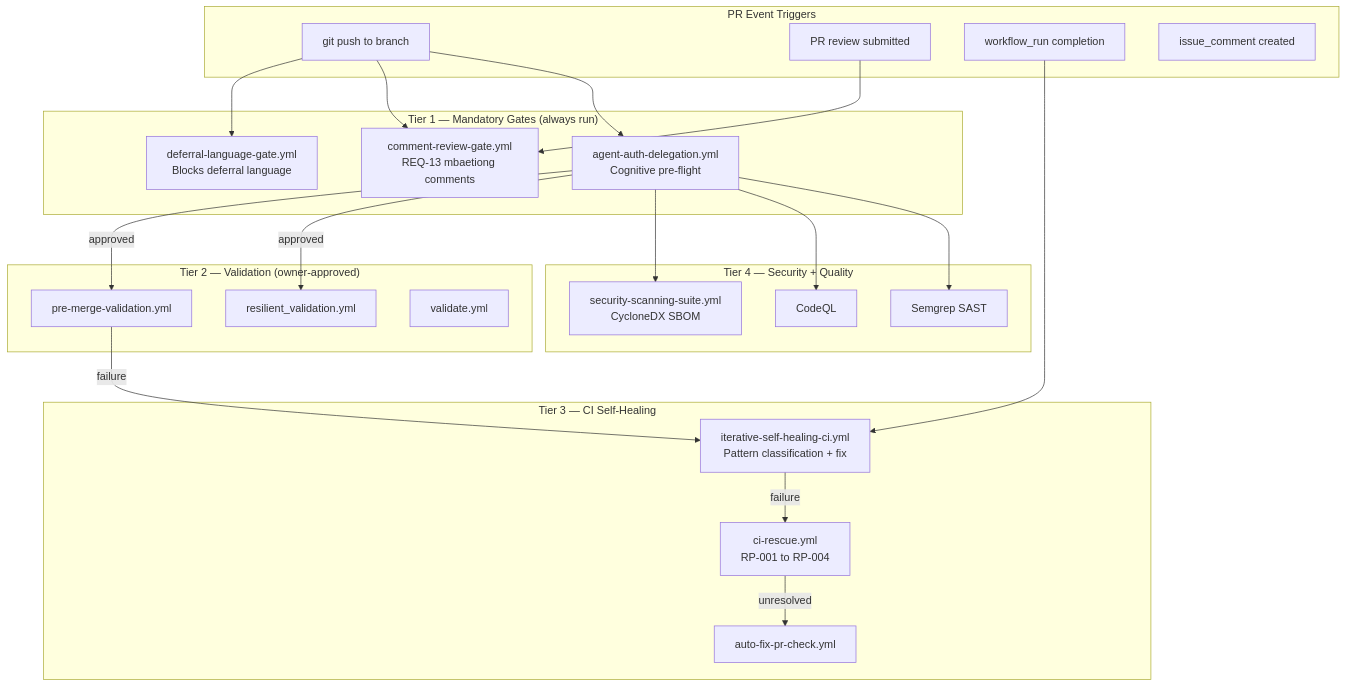
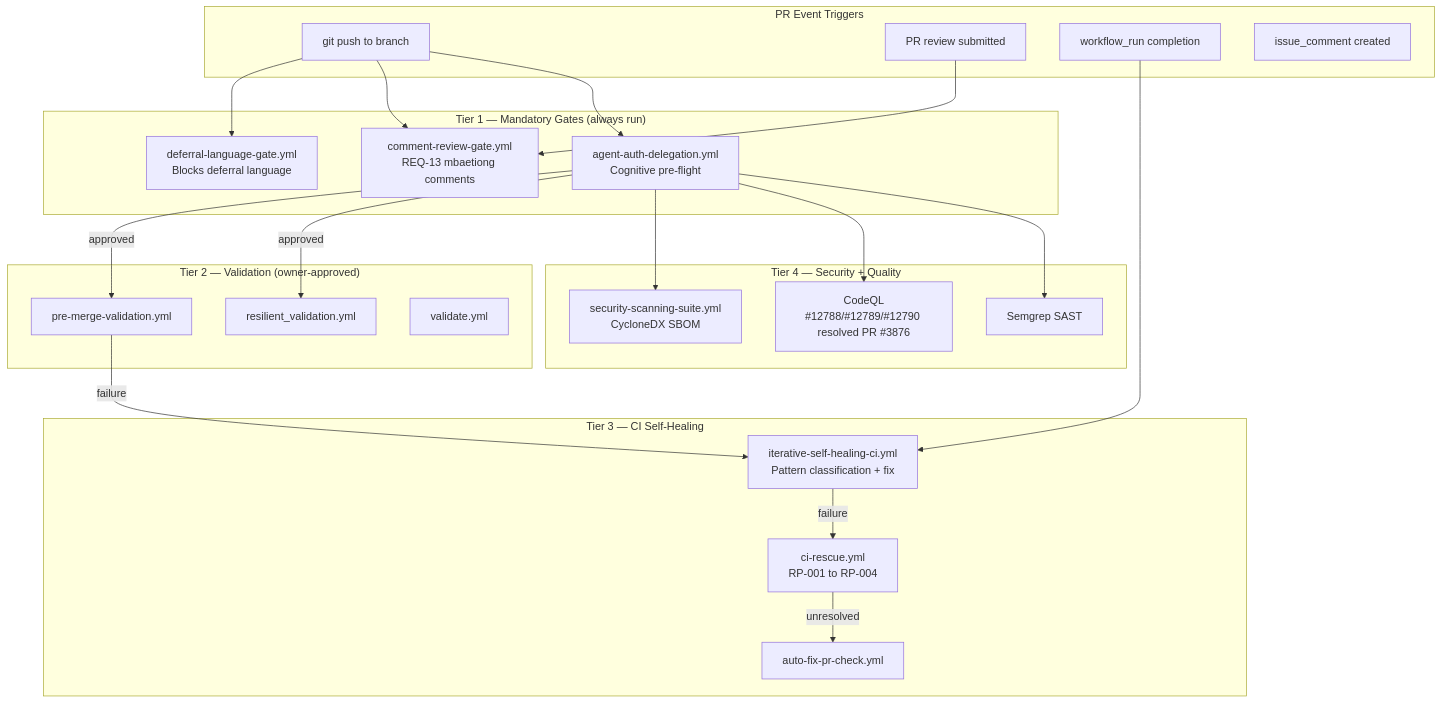
Before and after one commit to Aries-Serpent/_codex_: the second of 12 diagrams in docs/CODEBASE_MERMAID_MAPS.md, drawn with Mermaid. The commit also changed other lines of this file and 2 other files, not shown here.

First line of the commit message:
docs: update CODEBASE_MERMAID_MAPS.md v1.1.0 — align with PR #3876 (Variables layer + CodeQL resolution)

````diff
--- a/docs/CODEBASE_MERMAID_MAPS.md
+++ b/docs/CODEBASE_MERMAID_MAPS.md
@@ -58,42 +58,42 @@
 ```mermaid
 flowchart TD
     subgraph "PR Event Triggers"
         PUSH[git push to branch]
         PR_REVIEW[PR review submitted]
         WFLOW_RUN[workflow_run completion]
         PR_COMMENT[issue_comment created]
     end
 
     subgraph "Tier 1 — Mandatory Gates (always run)"
         DEFERRAL[deferral-language-gate.yml\nBlocks deferral language]
         COMMENT_GATE[comment-review-gate.yml\nREQ-13 mbaetiong comments]
         AUTH[agent-auth-delegation.yml\nCognitive pre-flight]
     end
 
     subgraph "Tier 2 — Validation (owner-approved)"
         PREMERGE[pre-merge-validation.yml]
         RESILIENT[resilient_validation.yml]
         VALIDATE[validate.yml]
     end
 
     subgraph "Tier 3 — CI Self-Healing"
         HEALING[iterative-self-healing-ci.yml\nPattern classification + fix]
         RESCUE[ci-rescue.yml\nRP-001 to RP-004]
         AUTOFIX[auto-fix-pr-check.yml]
     end
 
     subgraph "Tier 4 — Security + Quality"
         SECURITY[security-scanning-suite.yml\nCycloneDX SBOM]
-        CODEQL[CodeQL]
+        CODEQL[CodeQL\n#12788/#12789/#12790 resolved PR #3876]
         SEMGREP[Semgrep SAST]
     end
 
     PUSH --> DEFERRAL & COMMENT_GATE & AUTH
     PR_REVIEW --> COMMENT_GATE
     WFLOW_RUN --> HEALING
     HEALING -->|failure| RESCUE
     RESCUE -->|unresolved| AUTOFIX
     AUTH -->|approved| PREMERGE & RESILIENT
     PREMERGE -->|failure| HEALING
     AUTH --> SECURITY & CODEQL & SEMGREP
 ```
````
